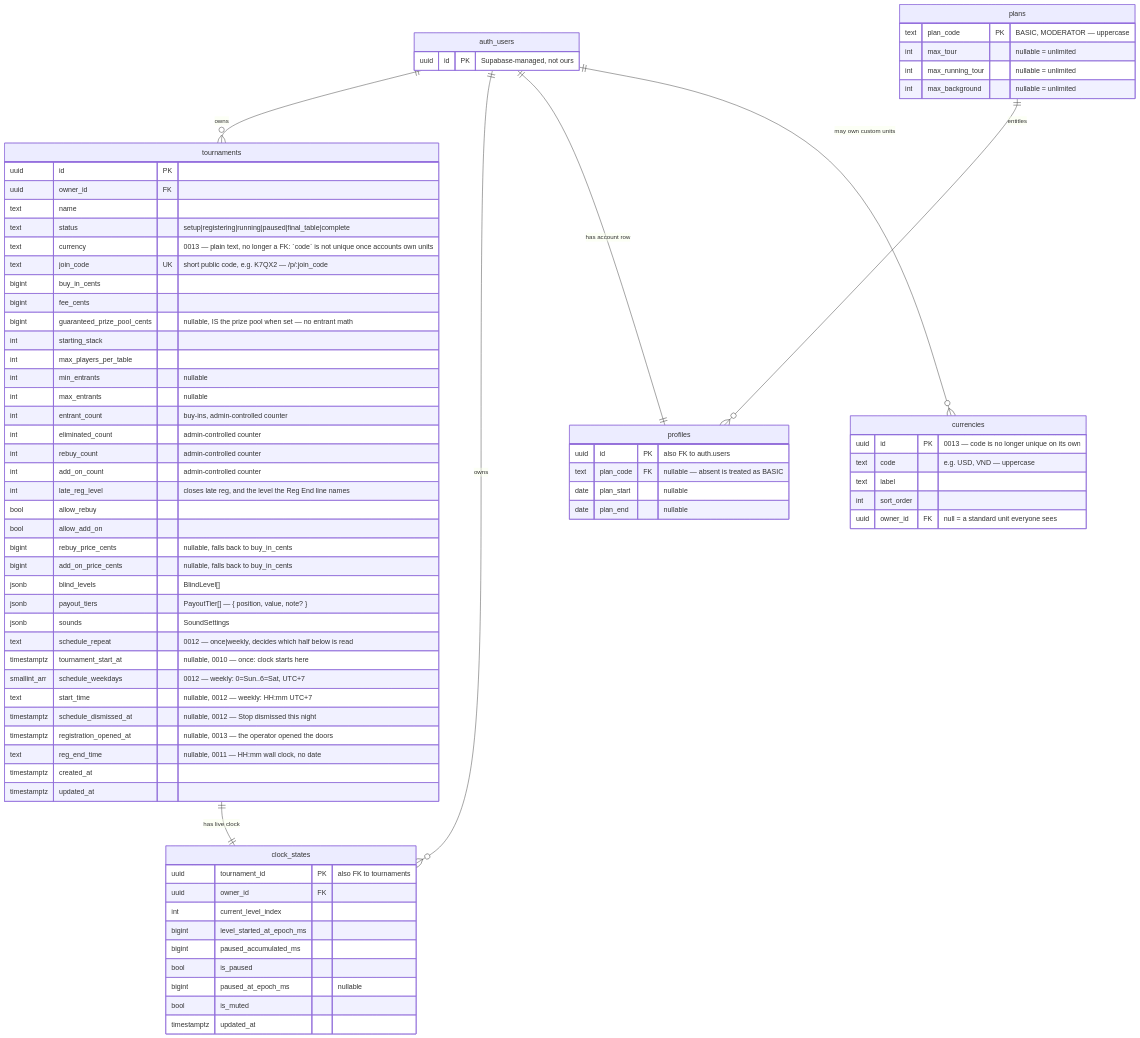
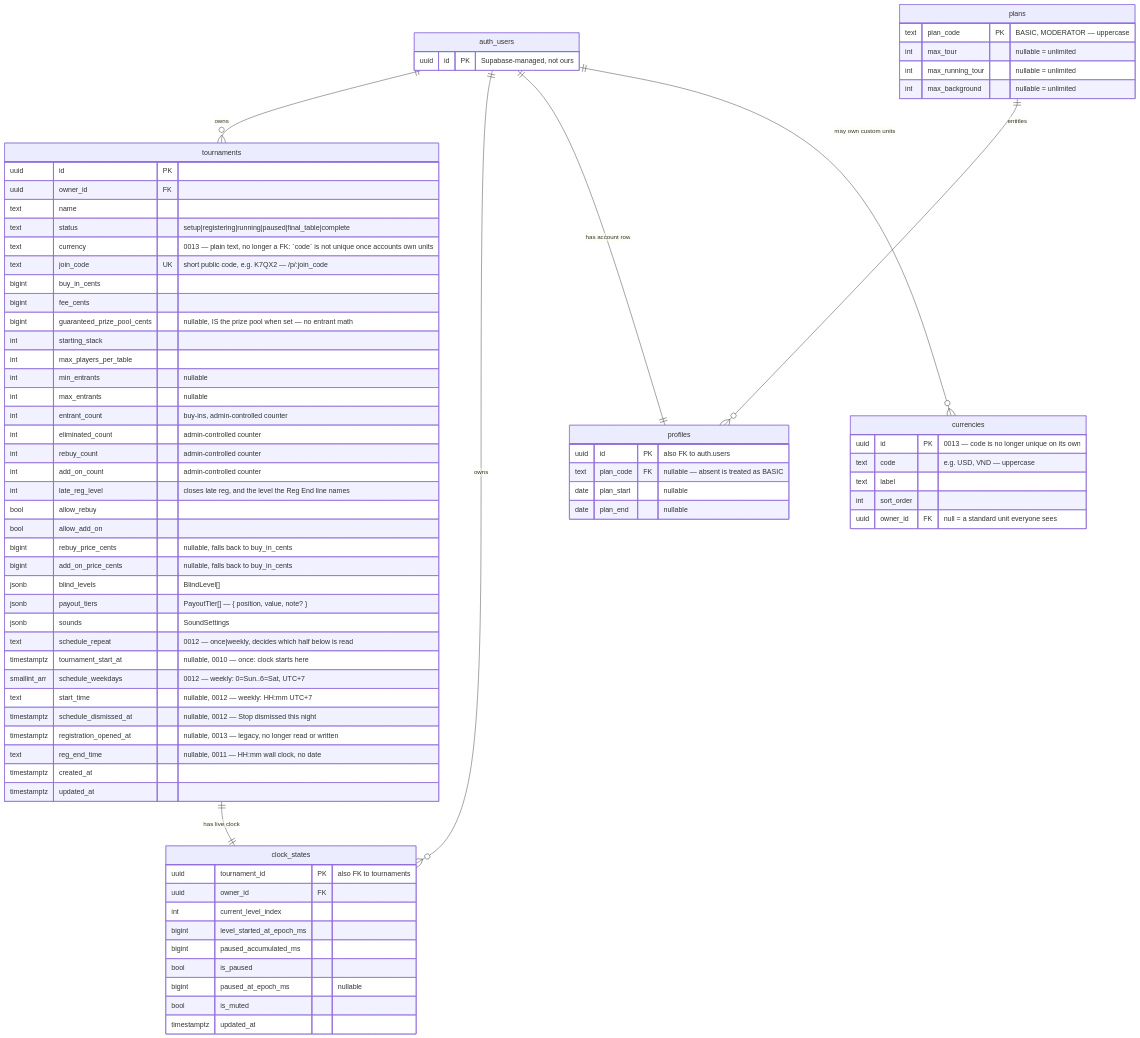
One commit to gaubacuc56/poker-clock changed the diagram in supabase/SCHEMA.md. Above: the diagram before and after it, drawn with Mermaid. The commit also changed other lines of this file and 25 other files, not shown here.

```diff
--- a/supabase/SCHEMA.md
+++ b/supabase/SCHEMA.md
@@ -68,7 +68,7 @@
         smallint_arr schedule_weekdays "0012 — weekly: 0=Sun..6=Sat, UTC+7"
         text start_time "nullable, 0012 — weekly: HH:mm UTC+7"
         timestamptz schedule_dismissed_at "nullable, 0012 — Stop dismissed this night"
-        timestamptz registration_opened_at "nullable, 0013 — the operator opened the doors"
+        timestamptz registration_opened_at "nullable, 0013 — legacy, no longer read or written"
         text reg_end_time "nullable, 0011 — HH:mm wall clock, no date"
         timestamptz created_at
         timestamptz updated_at
```
